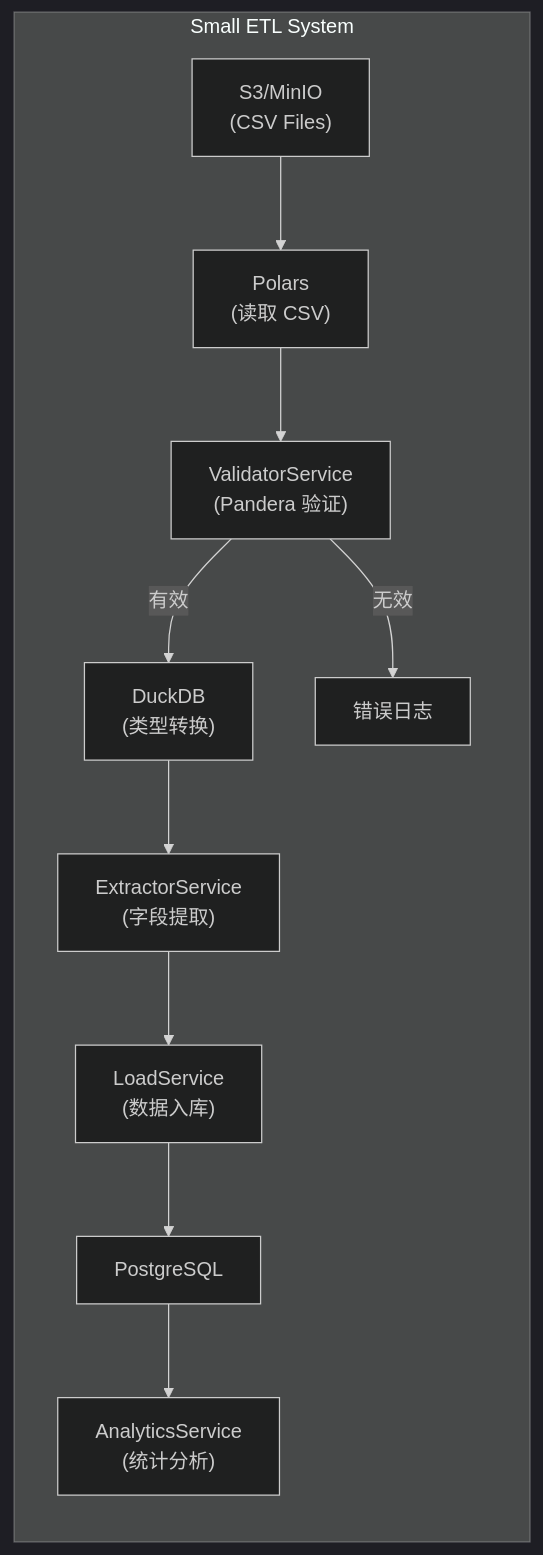
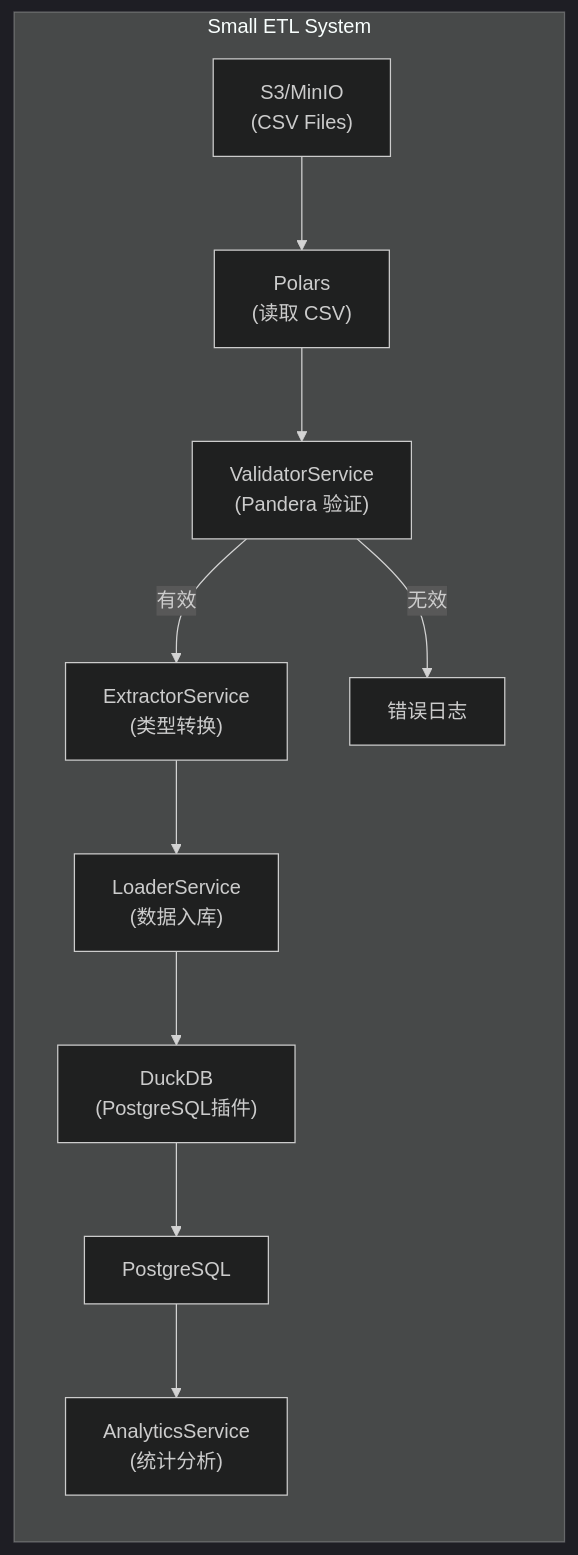
Before and after one commit to zhj0513/small_etl: the first of 8 diagrams in doc/architecture.md, drawn with Mermaid (dark theme). The commit also changed other lines of this file and 3 other files, not shown here.

````diff
--- a/doc/architecture.md
+++ b/doc/architecture.md
@@ -9,13 +9,13 @@
 ```mermaid
 flowchart LR
     subgraph SYS["Small ETL System"]
         S3["S3/MinIO\n(CSV Files)"] --> Polars["Polars\n(读取 CSV)"]
         Polars --> Validator["ValidatorService\n(Pandera 验证)"]
-        Validator -->|有效| DuckDB["DuckDB\n(类型转换)"]
+        Validator -->|有效| Extractor["ExtractorService\n(类型转换)"]
         Validator -->|无效| Log["错误日志"]
-        DuckDB --> Extract["ExtractorService\n(字段提取)"]
-        Extract --> Load["LoadService\n(数据入库)"]
-        Load --> PG["PostgreSQL"]
+        Extractor --> Load["LoaderService\n(数据入库)"]
+        Load --> DuckDB["DuckDB\n(PostgreSQL插件)"]
+        DuckDB --> PG["PostgreSQL"]
         PG --> Analytics["AnalyticsService\n(统计分析)"]
     end
 ```
````
